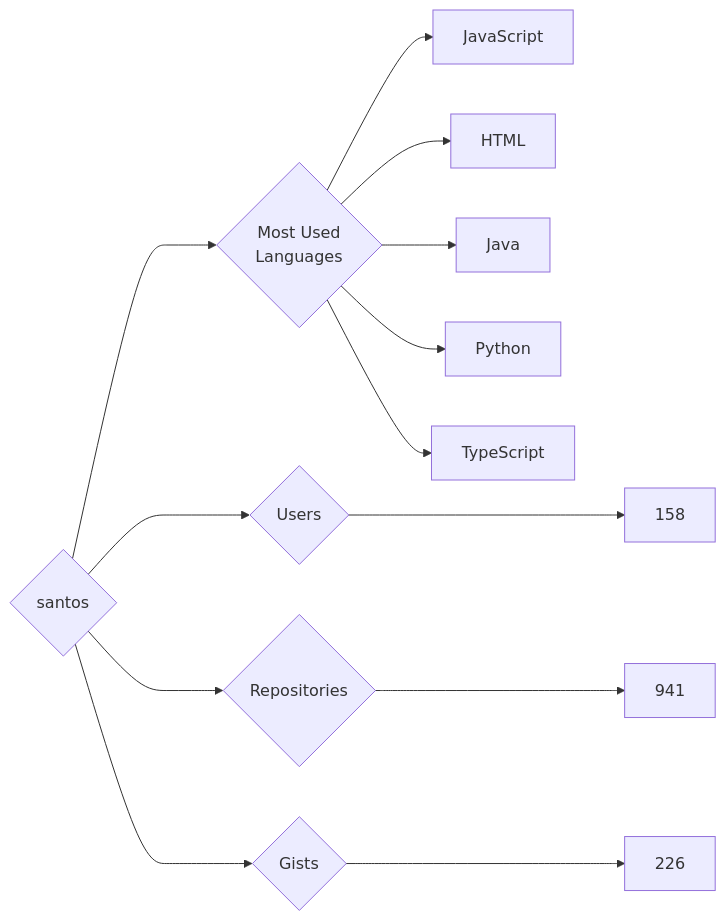
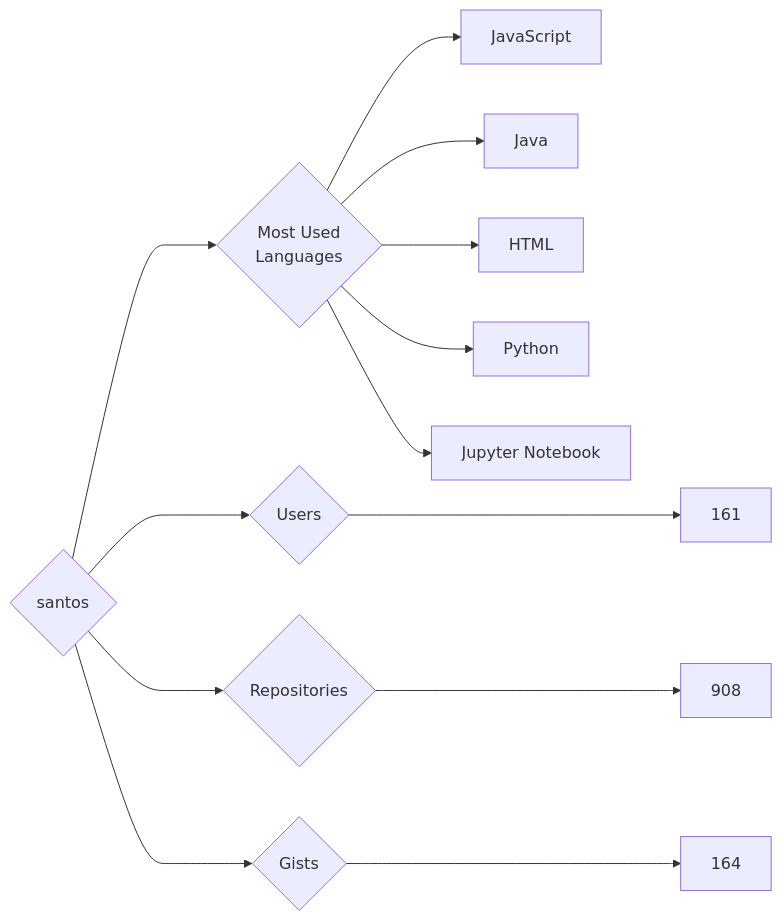
The diagram in targets/santos/README.md (trickest/insiders), drawn with Mermaid before and after one commit. The commit also changed 899 other files, not shown here.

````diff
--- a/targets/santos/README.md
+++ b/targets/santos/README.md
@@ -3,13 +3,13 @@
 ```mermaid
 graph LR
 COMPANY_NAME{santos}
-COMPANY_NAME ---> U{Users} ---> UN[158]
-COMPANY_NAME ---> R{Repositories} ---> RN[941]
-COMPANY_NAME ---> G{Gists} ---> GN[226]
+COMPANY_NAME ---> U{Users} ---> UN[161]
+COMPANY_NAME ---> R{Repositories} ---> RN[908]
+COMPANY_NAME ---> G{Gists} ---> GN[164]
 COMPANY_NAME ---> ML{Most Used<br>Languages}
 ML --> JavaScript[JavaScript]
+ML --> Java[Java]
 ML --> HTML[HTML]
-ML --> Java[Java]
 ML --> Python[Python]
-ML --> TypeScript[TypeScript]
+ML --> Jupyter_Notebook[Jupyter Notebook]
 ```
````
